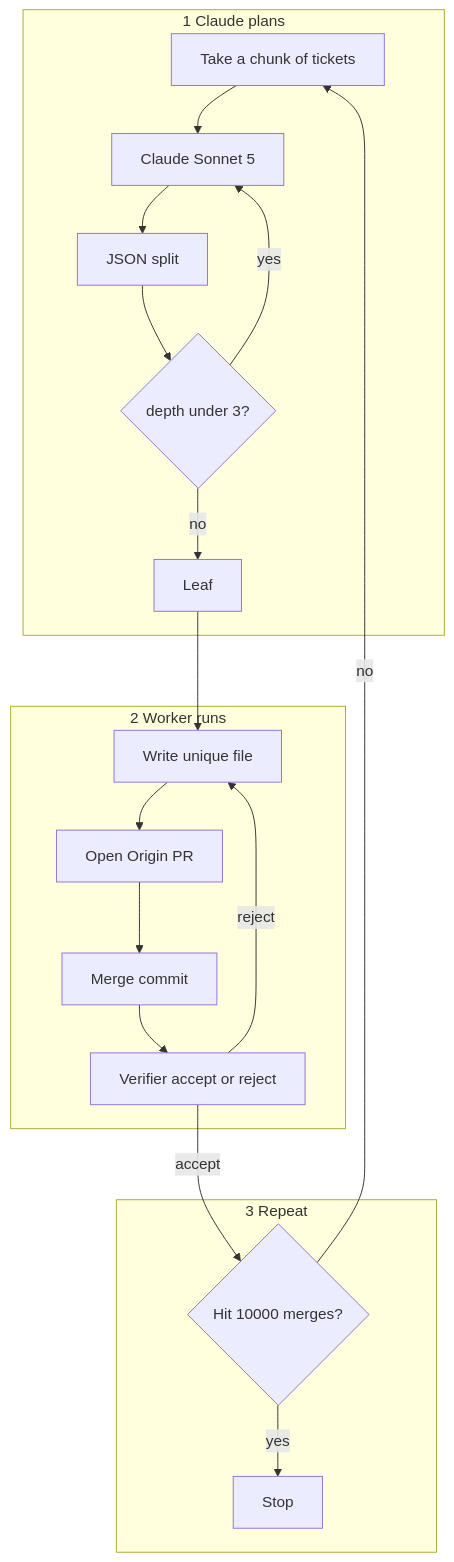
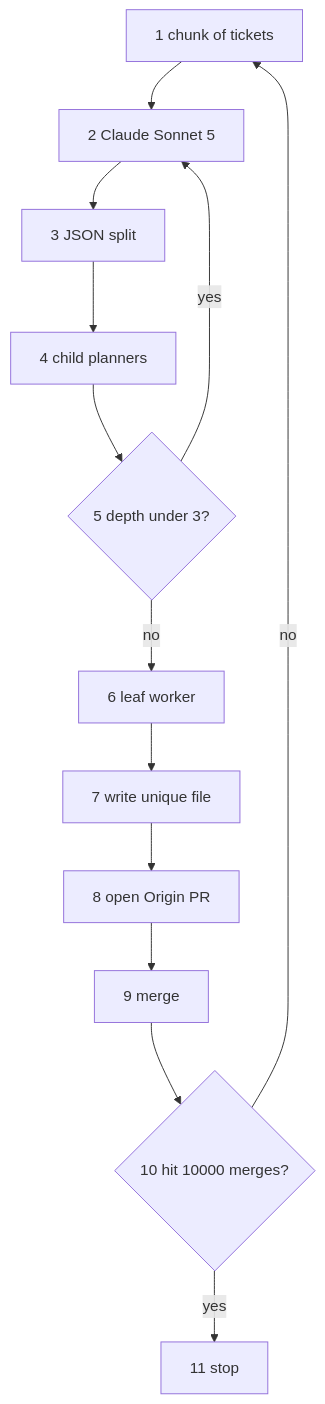
The diagram in README.md (ranjan2829/Alpha-throttle-test), drawn with Mermaid before and after one commit.

Commit message:
Use one numbered top-to-bottom agent flow

````diff
--- a/README.md
+++ b/README.md
@@ -28,24 +28,15 @@
 ```mermaid
 flowchart TD
-  subgraph plan [1 Claude plans]
-    A[Take a chunk of tickets] --> B[Claude Sonnet 5]
-    B --> C[JSON split]
-    C --> D{depth under 3?}
-    D -->|yes| B
-    D -->|no| E[Leaf]
-  end
-
-  subgraph work [2 Worker runs]
-    E --> F[Write unique file]
-    F --> G[Open Origin PR]
-    G --> H[Merge commit]
-    H --> I[Verifier accept or reject]
-    I -->|reject| F
-  end
-
-  subgraph loop [3 Repeat]
-    I -->|accept| J{Hit 10000 merges?}
-    J -->|no| A
-    J -->|yes| K[Stop]
-  end
+  A[1 chunk of tickets] --> B[2 Claude Sonnet 5]
+  B --> C[3 JSON split]
+  C --> D[4 child planners]
+  D --> E{5 depth under 3?}
+  E -->|yes| B
+  E -->|no| F[6 leaf worker]
+  F --> G[7 write unique file]
+  G --> H[8 open Origin PR]
+  H --> I[9 merge]
+  I --> J{10 hit 10000 merges?}
+  J -->|no| A
+  J -->|yes| K[11 stop]
 ```
````
